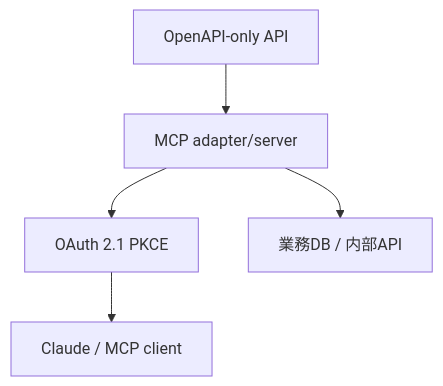
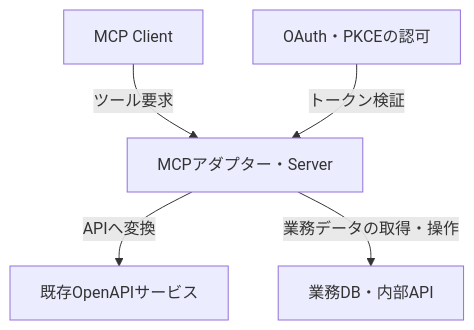
Before and after one commit to daylight55/research: the third of 4 diagrams in articles/report/oauth21-pkce-mcp-auth/ja/index.mdx, drawn with Mermaid. The commit also changed other lines of this file and 181 other files, not shown here.

First line of the commit message:
全記事の図解368点を再生成し、共通注意書きを削除 (#402)

````diff
--- a/articles/report/oauth21-pkce-mcp-auth/ja/index.mdx
+++ b/articles/report/oauth21-pkce-mcp-auth/ja/index.mdx
@@ -189,7 +196,14 @@
 ```mermaid
 flowchart TD
-  A["OpenAPI-only API"] --> B["MCP adapter/server"]
-  B --> C["OAuth 2.1 PKCE"]
-  C --> D["Claude / MCP client"]
-  B --> E["業務DB / 内部API"]
+  accTitle: 既存OpenAPIサービスをMCPアダプターで公開する
+  accDescr: クライアントはアダプターへ接続し、アダプターが既存APIを呼ぶ。認可はAPI呼び出しの後に直列で追加する工程ではない。
+  N0["MCP Client"]
+  N1["MCPアダプター・Server"]
+  N2["既存OpenAPIサービス"]
+  N3["業務DB・内部API"]
+  N4["OAuth・PKCEの認可"]
+  N0 -->|ツール要求| N1
+  N4 -->|トークン検証| N1
+  N1 -->|APIへ変換| N2
+  N1 -->|業務データの取得・操作| N3
 ```
````
